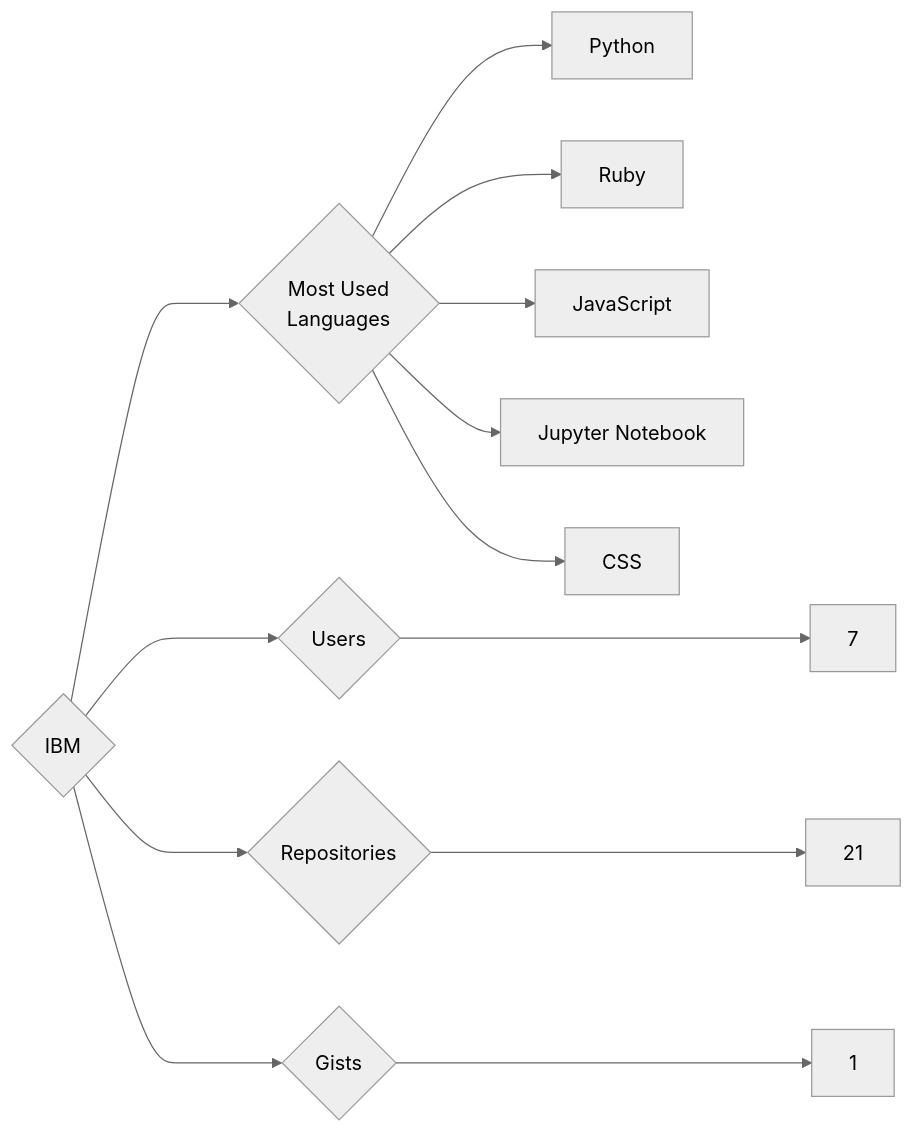
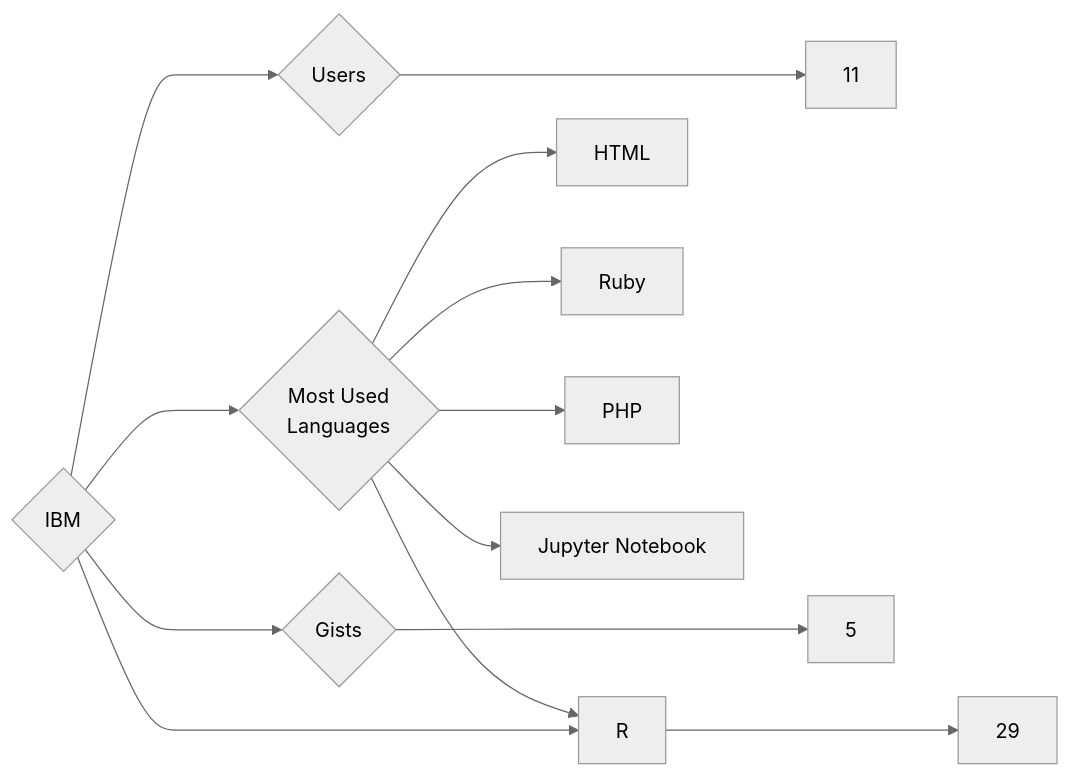
Before and after one commit to trickest/insiders: the diagram in targets/IBM/README.md, drawn with Mermaid (neutral theme). The commit also changed 1212 other files, not shown here.

````diff
--- a/targets/IBM/README.md
+++ b/targets/IBM/README.md
@@ -3,13 +3,13 @@
 ```mermaid
 graph LR
 COMPANY_NAME{IBM}
-COMPANY_NAME ---> U{Users} ---> UN[7]
-COMPANY_NAME ---> R{Repositories} ---> RN[21]
-COMPANY_NAME ---> G{Gists} ---> GN[1]
+COMPANY_NAME ---> U{Users} ---> UN[11]
+COMPANY_NAME ---> R{Repositories} ---> RN[29]
+COMPANY_NAME ---> G{Gists} ---> GN[5]
 COMPANY_NAME ---> ML{Most Used<br>Languages}
-ML --> Python[Python]
+ML --> HTML[HTML]
+ML --> R[R]
 ML --> Ruby[Ruby]
-ML --> JavaScript[JavaScript]
+ML --> PHP[PHP]
 ML --> Jupyter_Notebook[Jupyter Notebook]
-ML --> CSS[CSS]
 ```
````
